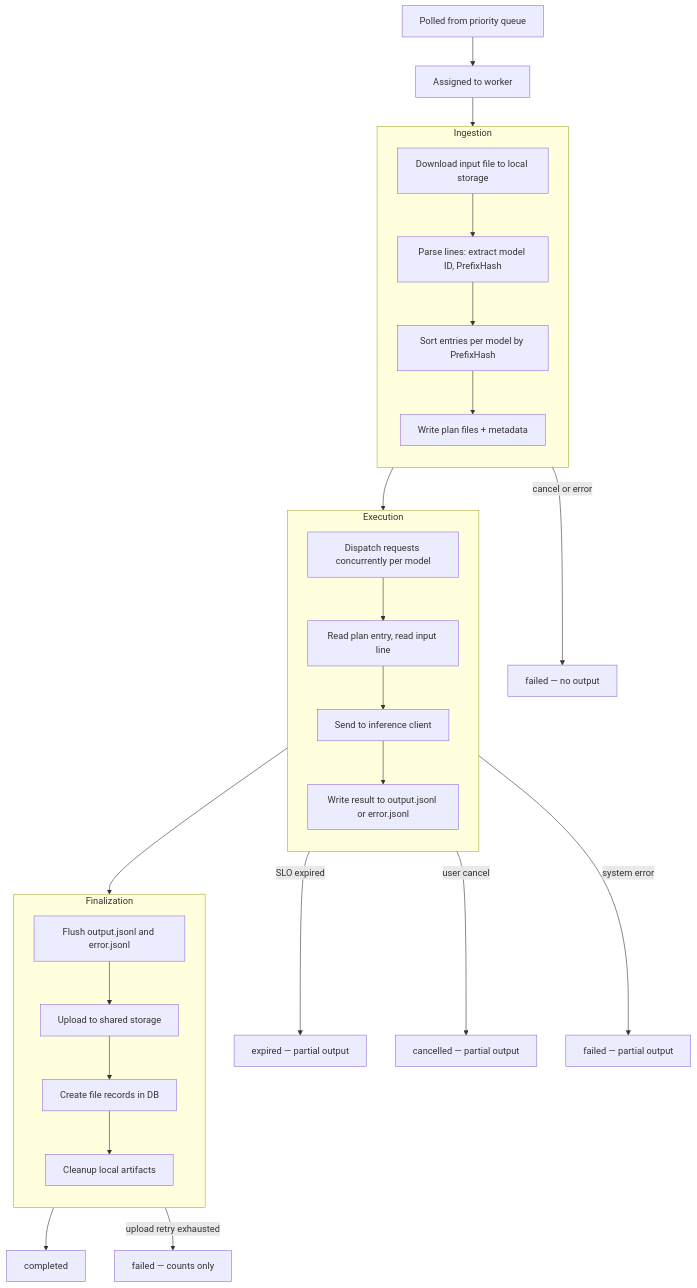
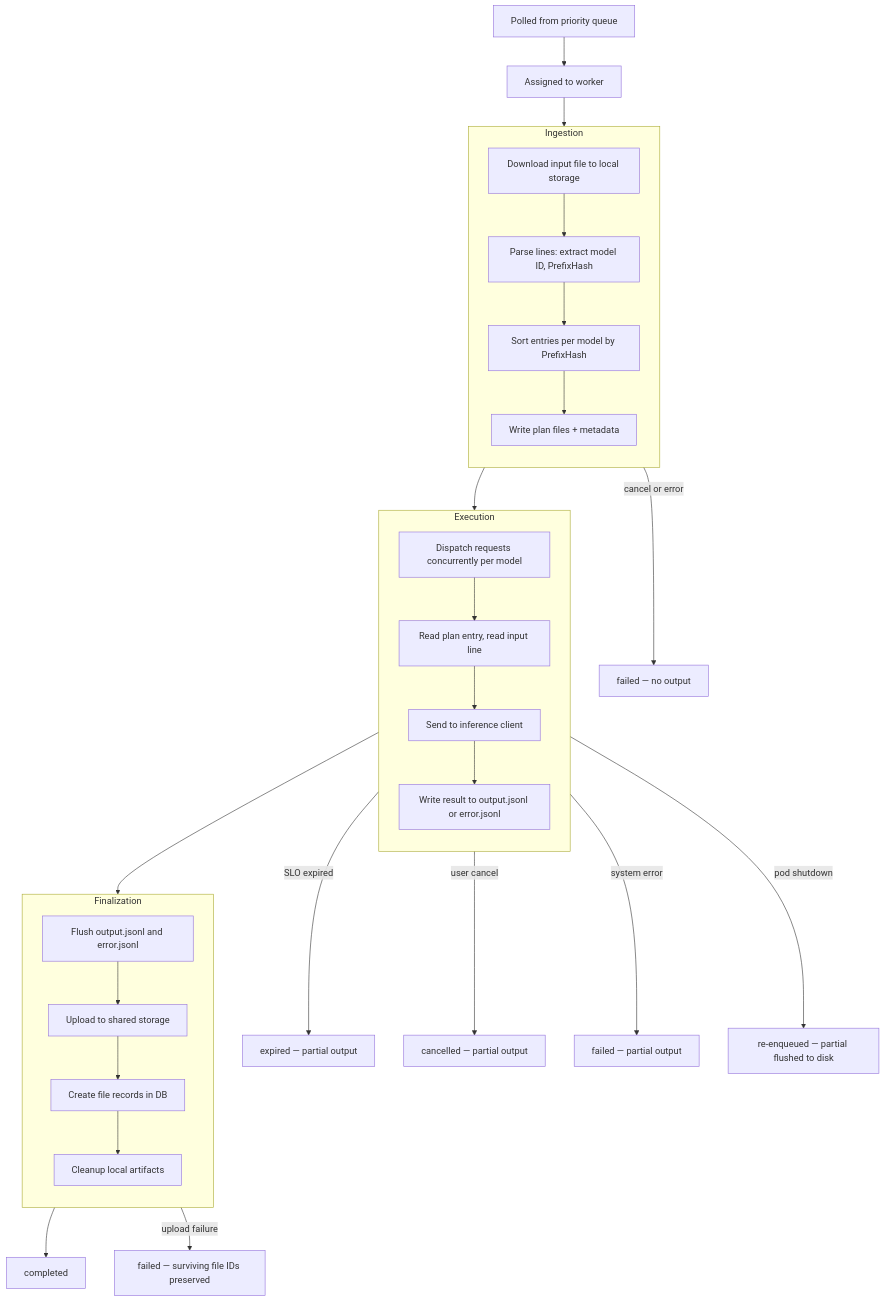
One commit to llm-d-incubation/batch-gateway changed the first of 3 diagrams in docs/design/batch_processor_architecture.md. Above: the diagram before and after it, drawn with Mermaid. The commit also changed other lines of this file and 5 other files, not shown here.

````diff
--- a/docs/design/batch_processor_architecture.md
+++ b/docs/design/batch_processor_architecture.md
@@ -129,41 +129,42 @@
 ```mermaid
 flowchart TD
     poll["Polled from priority queue"] --> assign["Assigned to worker"]
     assign --> phase1
 
     subgraph phase1 ["Ingestion"]
         direction TB
         download["Download input file to local storage"]
         download --> parsePlan["Parse lines: extract model ID, PrefixHash"]
         parsePlan --> sort["Sort entries per model by PrefixHash"]
         sort --> writePlans["Write plan files + metadata"]
     end
 
     phase1 --> phase2
 
     subgraph phase2 ["Execution"]
         direction TB
         dispatch["Dispatch requests concurrently per model"]
         dispatch --> readPlan["Read plan entry, read input line"]
         readPlan --> sendInfer["Send to inference client"]
         sendInfer --> writeResult["Write result to output.jsonl or error.jsonl"]
     end
 
     phase2 --> phase3
 
     subgraph phase3 ["Finalization"]
         direction TB
         flushFiles["Flush output.jsonl and error.jsonl"]
         flushFiles --> uploadFiles["Upload to shared storage"]
         uploadFiles --> createRecords["Create file records in DB"]
         createRecords --> cleanupLocal["Cleanup local artifacts"]
     end
 
     phase3 --> completedState["completed"]
 
     phase1 -->|"cancel or error"| failedNoOutput["failed — no output"]
     phase2 -->|"SLO expired"| expiredState["expired — partial output"]
     phase2 -->|"user cancel"| cancelledState["cancelled — partial output"]
     phase2 -->|"system error"| failedPartial["failed — partial output"]
-    phase3 -->|"upload retry exhausted"| failedCounts["failed — counts only"]
+    phase2 -->|"pod shutdown"| reenqueue["re-enqueued — partial flushed to disk"]
+    phase3 -->|"upload failure"| failedPreserved["failed — surviving file IDs preserved"]
 ```
````
